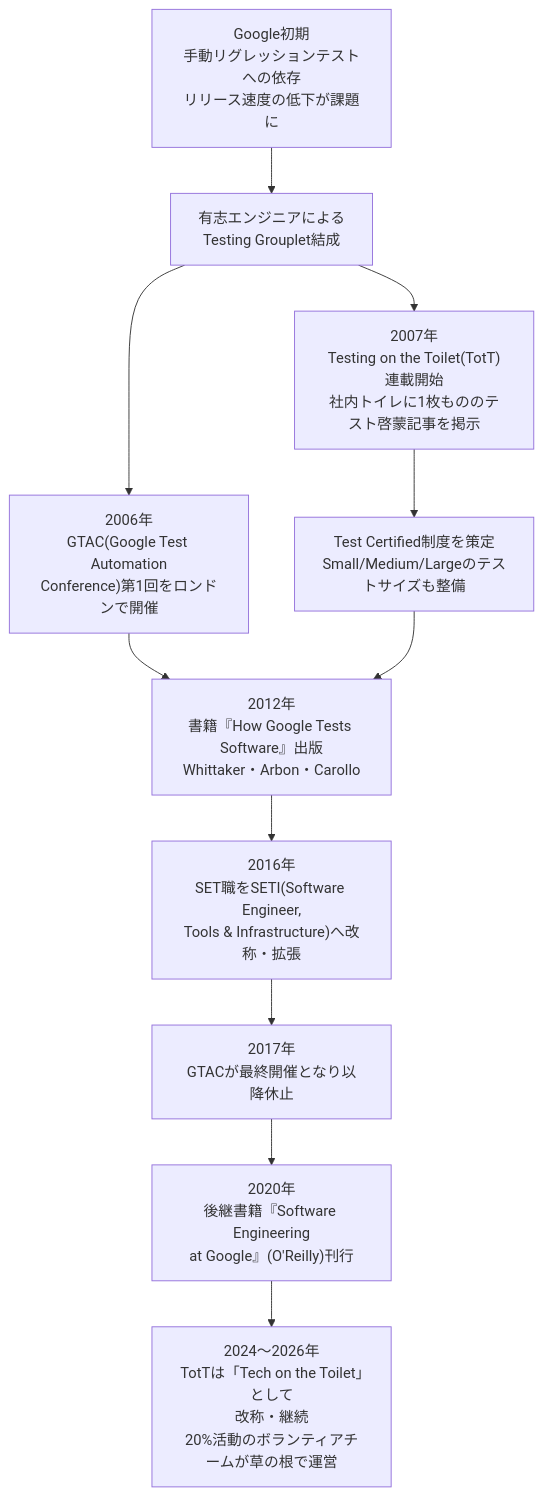
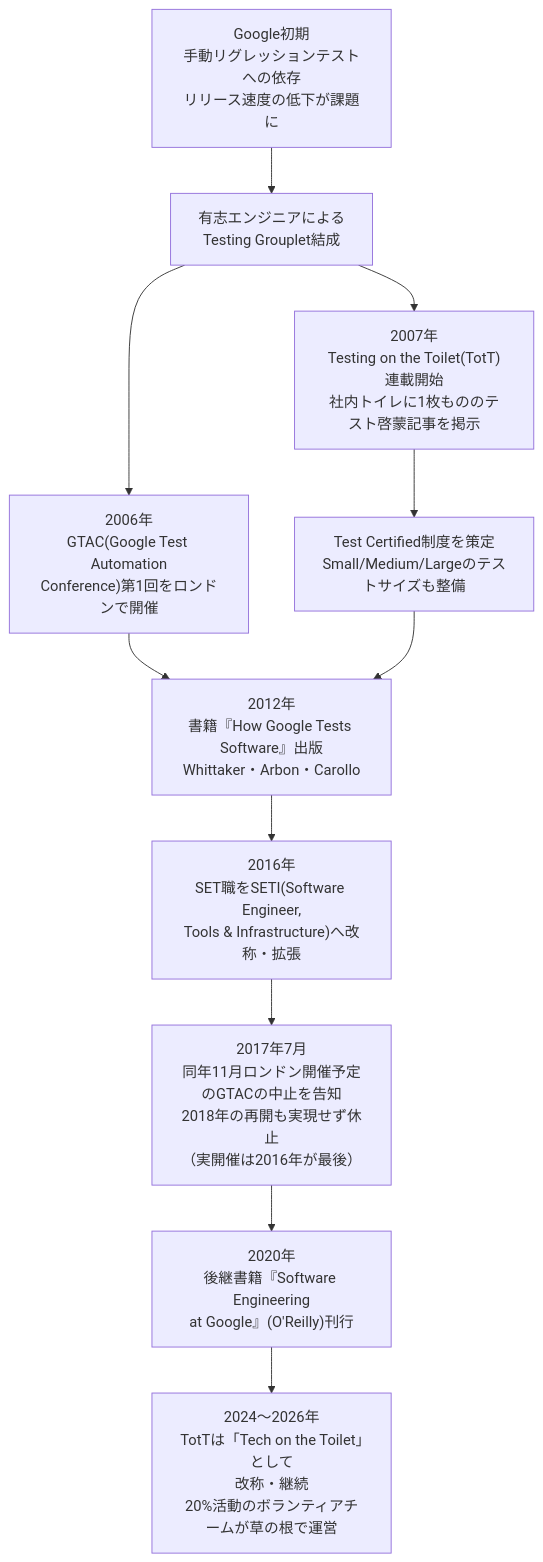
The first of 7 diagrams in How-google-tests-software-guide.md (myoshi2891/Quality-Assurance-Studies), drawn with Mermaid before and after one commit. The commit also changed other lines of this file, not shown here.

````diff
--- a/How-google-tests-software-guide.md
+++ b/How-google-tests-software-guide.md
@@ -44,13 +44,13 @@
 ```mermaid
 flowchart TB
     A["Google初期<br/>手動リグレッションテストへの依存<br/>リリース速度の低下が課題に"] --> B["有志エンジニアによる<br/>Testing Grouplet結成"]
     B --> C["2006年<br/>GTAC(Google Test Automation<br/>Conference)第1回をロンドンで開催"]
     B --> D["2007年<br/>Testing on the Toilet(TotT)連載開始<br/>社内トイレに1枚もののテスト啓蒙記事を掲示"]
     D --> E["Test Certified制度を策定<br/>Small/Medium/Largeのテストサイズも整備"]
     C --> F["2012年<br/>書籍『How Google Tests Software』出版<br/>Whittaker・Arbon・Carollo"]
     E --> F
     F --> G["2016年<br/>SET職をSETI(Software Engineer,<br/>Tools & Infrastructure)へ改称・拡張"]
-    G --> H["2017年<br/>GTACが最終開催となり以降休止"]
+    G --> H["2017年7月<br/>同年11月ロンドン開催予定のGTACの中止を告知<br/>2018年の再開も実現せず休止<br/>（実開催は2016年が最後）"]
     H --> I["2020年<br/>後継書籍『Software Engineering<br/>at Google』(O'Reilly)刊行"]
     I --> J["2024〜2026年<br/>TotTは「Tech on the Toilet」として<br/>改称・継続<br/>20%活動のボランティアチームが草の根で運営"]
 ```
````
